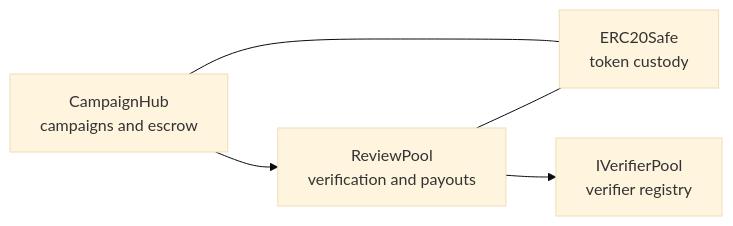
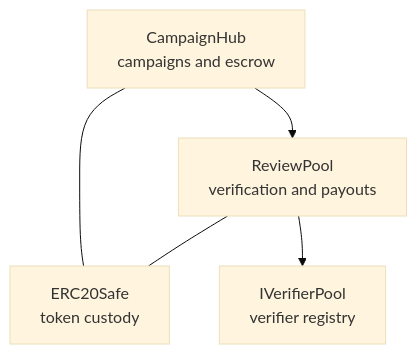
Before and after one commit to ws4charlie/review-contracts: the second of 3 diagrams in README.md, drawn with Mermaid (base theme). The commit also changed other lines of this file, not shown here.

Commit message:
docs: vertical layout for architecture diagrams

````diff
--- a/README.md
+++ b/README.md
@@ -30,11 +30,11 @@
 ```mermaid
-flowchart LR
+flowchart TB
     Hub[CampaignHub<br/>campaigns and escrow]
     Pool[ReviewPool<br/>verification and payouts]
     Safe[ERC20Safe<br/>token custody]
     VPool[IVerifierPool<br/>verifier registry]
     Hub --> Pool
     Hub --- Safe
     Pool --- Safe
     Pool --> VPool
 ```
````
